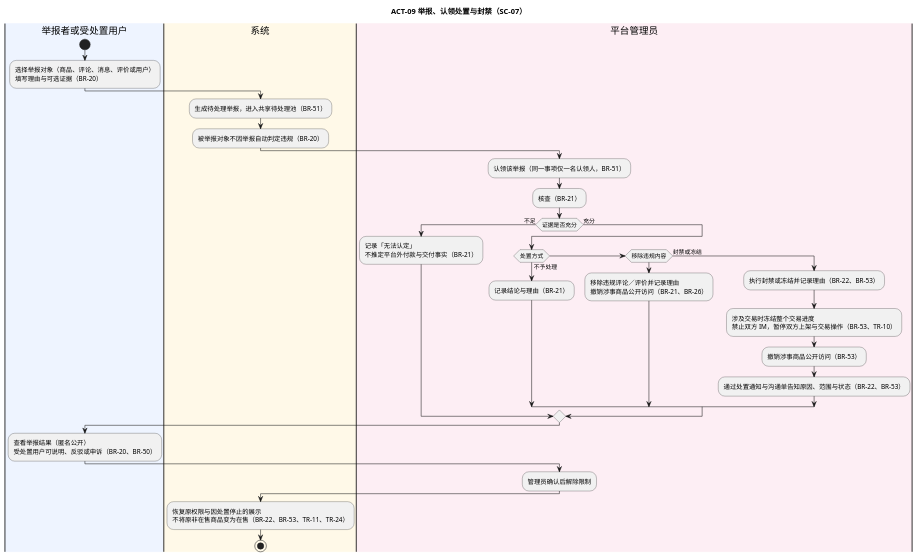
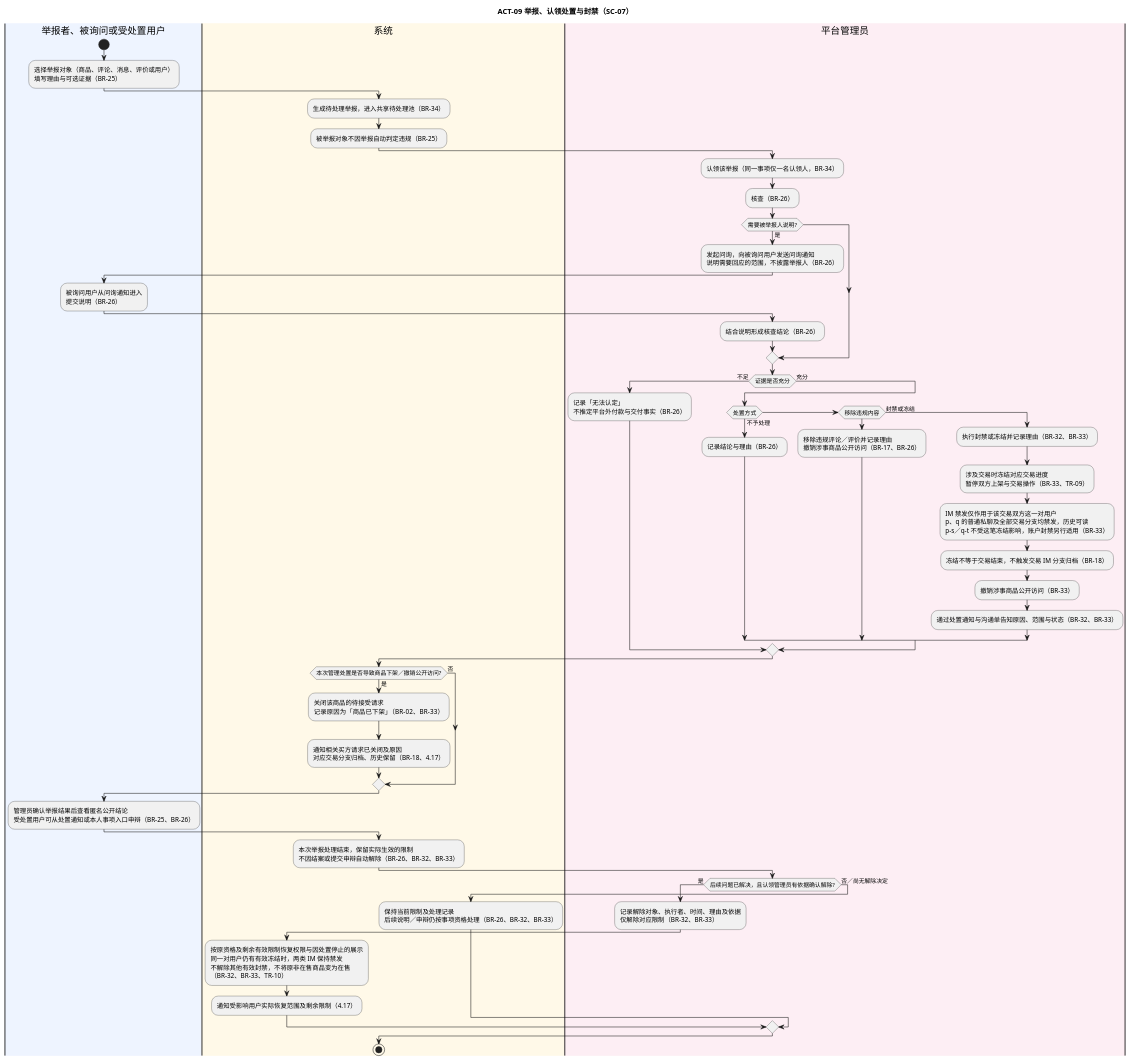
Before and after one commit to iy88/se-course-project-1: the diagram in docs/appendices/models/ACT-09-举报认领与处置.puml, drawn with PlantUML. The commit also changed other lines of this file and 49 other files, not shown here.

First line of the commit message:
docs(models): 对齐业务活动图

```diff
--- a/docs/appendices/models/ACT-09-举报认领与处置.puml
+++ b/docs/appendices/models/ACT-09-举报认领与处置.puml
@@ -12,42 +12,68 @@
 @startuml ACT-09
+
+skinparam defaultFontName "PingFang SC"
 
 title ACT-09 举报、认领处置与封禁（SC-07）
 
-|#EEF4FF|举报者或受处置用户|
+|#EEF4FF|举报者、被询问或受处置用户|
 start
-:选择举报对象（商品、评论、消息、评价或用户）\n填写理由与可选证据（BR-20）;
+:选择举报对象（商品、评论、消息、评价或用户）\n填写理由与可选证据（BR-25）;
 
 |#FFF9E8|系统|
-:生成待处理举报，进入共享待处理池（BR-51）;
-:被举报对象不因举报自动判定违规（BR-20）;
+:生成待处理举报，进入共享待处理池（BR-34）;
+:被举报对象不因举报自动判定违规（BR-25）;
 
 |#FDEEF4|平台管理员|
-:认领该举报（同一事项仅一名认领人，BR-51）;
-:核查（BR-21）;
+:认领该举报（同一事项仅一名认领人，BR-34）;
+:核查（BR-26）;
+if (需要被举报人说明?) then (是)
+  :发起问询，向被询问用户发送问询通知\n说明需要回应的范围，不披露举报人（BR-26）;
+  |#EEF4FF|举报者、被询问或受处置用户|
+  :被询问用户从问询通知进入\n提交说明（BR-26）;
+  |#FDEEF4|平台管理员|
+  :结合说明形成核查结论（BR-26）;
+endif
 
 if (证据是否充分) then (不足)
-  :记录「无法认定」\n不推定平台外付款与交付事实（BR-21）;
+  :记录「无法认定」\n不推定平台外付款与交付事实（BR-26）;
 else (充分)
   if (处置方式) then (不予处理)
-    :记录结论与理由（BR-21）;
+    :记录结论与理由（BR-26）;
   elseif (移除违规内容)
-    :移除违规评论／评价并记录理由\n撤销涉事商品公开访问（BR-21、BR-26）;
+    :移除违规评论／评价并记录理由\n撤销涉事商品公开访问（BR-17、BR-26）;
   else (封禁或冻结)
-    :执行封禁或冻结并记录理由（BR-22、BR-53）;
-    :涉及交易时冻结整个交易进度\n禁止双方 IM，暂停双方上架与交易操作（BR-53、TR-10）;
-    :撤销涉事商品公开访问（BR-53）;
-    :通过处置通知与沟通单告知原因、范围与状态（BR-22、BR-53）;
+    :执行封禁或冻结并记录理由（BR-32、BR-33）;
+    :涉及交易时冻结对应交易进度\n暂停双方上架与交易操作（BR-33、TR-09）;
+    :IM 禁发仅作用于该交易双方这一对用户\np、q 的普通私聊及全部交易分支均禁发，历史可读\np–s／q–t 不受这笔冻结影响，账户封禁另行适用（BR-33）;
+    :冻结不等于交易结束，不触发交易 IM 分支归档（BR-18）;
+    :撤销涉事商品公开访问（BR-33）;
+    :通过处置通知与沟通单告知原因、范围与状态（BR-32、BR-33）;
   endif
 endif
 
-|#EEF4FF|举报者或受处置用户|
-:查看举报结果（匿名公开）\n受处置用户可说明、反驳或申诉（BR-20、BR-50）;
+|#FFF9E8|系统|
+if (本次管理处置是否导致商品下架／撤销公开访问?) then (是)
+  :关闭该商品的待接受请求\n记录原因为「商品已下架」（BR-02、BR-33）;
+  :通知相关买方请求已关闭及原因\n对应交易分支归档、历史保留（BR-18、4.17）;
+else (否)
+endif
+
+|#EEF4FF|举报者、被询问或受处置用户|
+:管理员确认举报结果后查看匿名公开结论\n受处置用户可从处置通知或本人事项入口申辩（BR-25、BR-26）;
+
+|#FFF9E8|系统|
+:本次举报处理结束，保留实际生效的限制\n不因结案或提交申辩自动解除（BR-26、BR-32、BR-33）;
 
 |#FDEEF4|平台管理员|
-:管理员确认后解除限制;
-
-|#FFF9E8|系统|
-:恢复原权限与因处置停止的展示\n不将原非在售商品变为在售（BR-22、BR-53、TR-11、TR-24）;
+if (后续问题已解决，且认领管理员有依据确认解除?) then (是)
+  :记录解除对象、执行者、时间、理由及依据\n仅解除对应限制（BR-32、BR-33）;
+  |#FFF9E8|系统|
+  :按原资格及剩余有效限制恢复权限与因处置停止的展示\n同一对用户仍有有效冻结时，两类 IM 保持禁发\n不解除其他有效封禁，不将原非在售商品变为在售\n（BR-32、BR-33、TR-10）;
+  :通知受影响用户实际恢复范围及剩余限制（4.17）;
+else (否／尚无解除决定)
+  |#FFF9E8|系统|
+  :保持当前限制及处理记录\n后续说明／申辩仍按事项资格处理（BR-26、BR-32、BR-33）;
+endif
 stop
 
 @enduml
```
